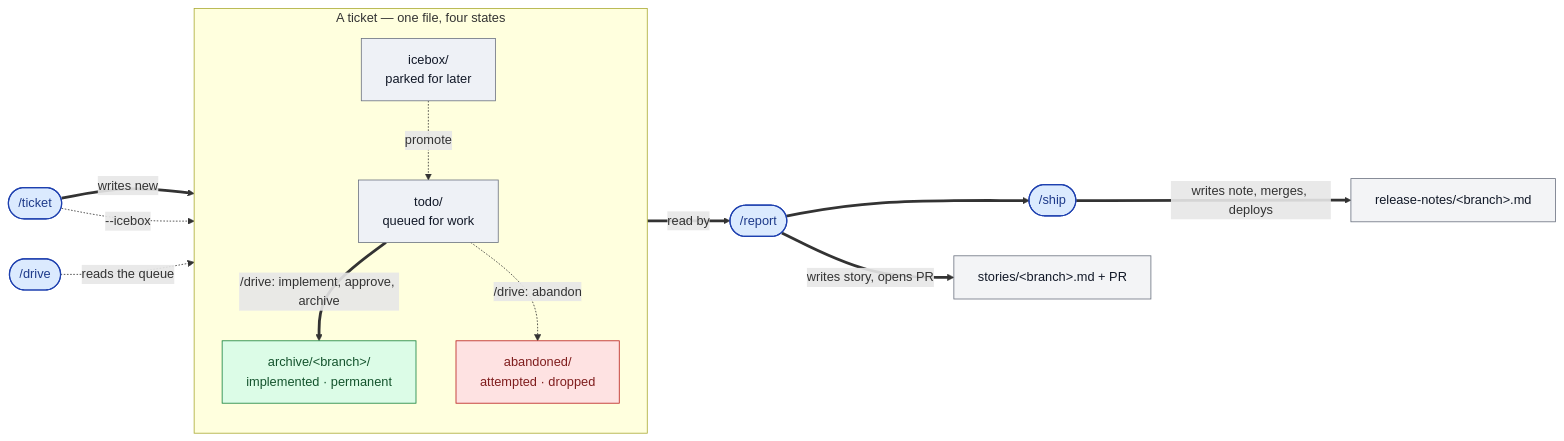
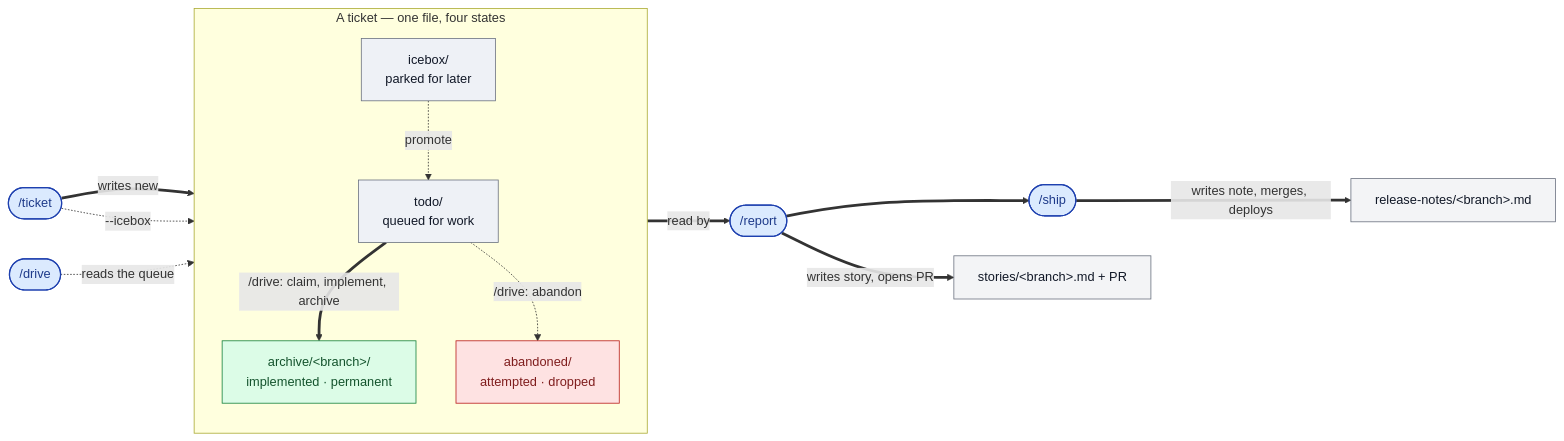
Before and after one commit to qmu/workaholic: the first of 5 diagrams in README.md, drawn with Mermaid. The commit also changed other lines of this file and 105 other files, not shown here.

````diff
--- a/README.md
+++ b/README.md
@@ -166,40 +161,40 @@
 ```mermaid
 flowchart LR
   ticket(["/ticket"])
   drive(["/drive"])
   report(["/report"])
   ship(["/ship"])
 
   subgraph TICKET["A ticket — one file, four states"]
     direction TB
     todo["todo/<br/>queued for work"]
     icebox["icebox/<br/>parked for later"]
     archived["archive/&lt;branch&gt;/<br/>implemented · permanent"]
     abandoned["abandoned/<br/>attempted · dropped"]
     icebox -.->|promote| todo
-    todo ==>|"/drive: implement, approve, archive"| archived
+    todo ==>|"/drive: claim, implement, archive"| archived
     todo -.->|"/drive: abandon"| abandoned
   end
 
   story["stories/&lt;branch&gt;.md + PR"]
   relnote["release-notes/&lt;branch&gt;.md"]
 
   ticket ==>|writes new| todo
   ticket -.->|"--icebox"| icebox
   drive -.->|reads the queue| todo
   archived ==>|read by| report
   report ==>|writes story, opens PR| story
   report ==> ship
   ship ==>|writes note, merges, deploys| relnote
 
   classDef cmd fill:#dbeafe,stroke:#1e40af,stroke-width:1.5px,color:#1e3a8a;
   classDef state fill:#eef1f6,stroke:#6b7280,color:#111827;
   classDef done fill:#dcfce7,stroke:#15803d,color:#14532d;
   classDef drop fill:#fee2e2,stroke:#b91c1c,color:#7f1d1d;
   classDef art fill:#f3f4f6,stroke:#6b7280,color:#111827;
   class ticket,drive,report,ship cmd;
   class todo,icebox state;
   class archived done;
   class abandoned drop;
   class story,relnote art;
 ```
````
